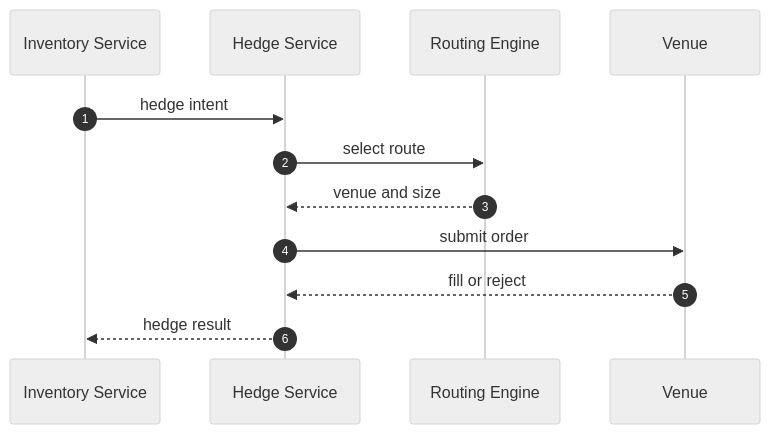
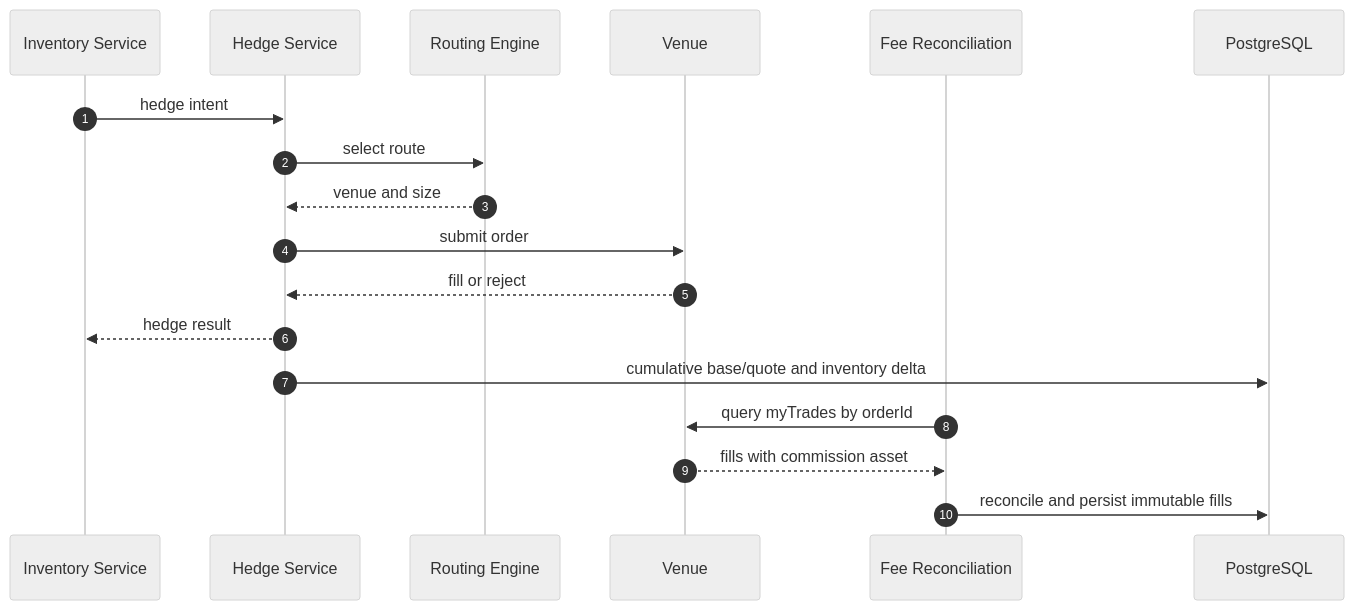
One commit to alvis-ai/production-grade-web3-rfq-market-maker changed the second of 3 diagrams in book/Volume5-BackendEngineering/Chapter07-Hedge-Service.md. Above: the diagram before and after it, drawn with Mermaid (neutral theme). The commit also changed other lines of this file and 41 other files, not shown here.

````diff
--- a/book/Volume5-BackendEngineering/Chapter07-Hedge-Service.md
+++ b/book/Volume5-BackendEngineering/Chapter07-Hedge-Service.md
@@ -75,15 +75,21 @@
 ```mermaid
 sequenceDiagram
   autonumber
   participant I as Inventory Service
   participant H as Hedge Service
   participant R as Routing Engine
   participant V as Venue
+  participant F as Fee Reconciliation
+  participant DB as PostgreSQL
 
   I->>H: hedge intent
   H->>R: select route
   R-->>H: venue and size
   H->>V: submit order
   V-->>H: fill or reject
   H-->>I: hedge result
+  H->>DB: cumulative base/quote and inventory delta
+  F->>V: query myTrades by orderId
+  V-->>F: fills with commission asset
+  F->>DB: reconcile and persist immutable fills
 ```
````
